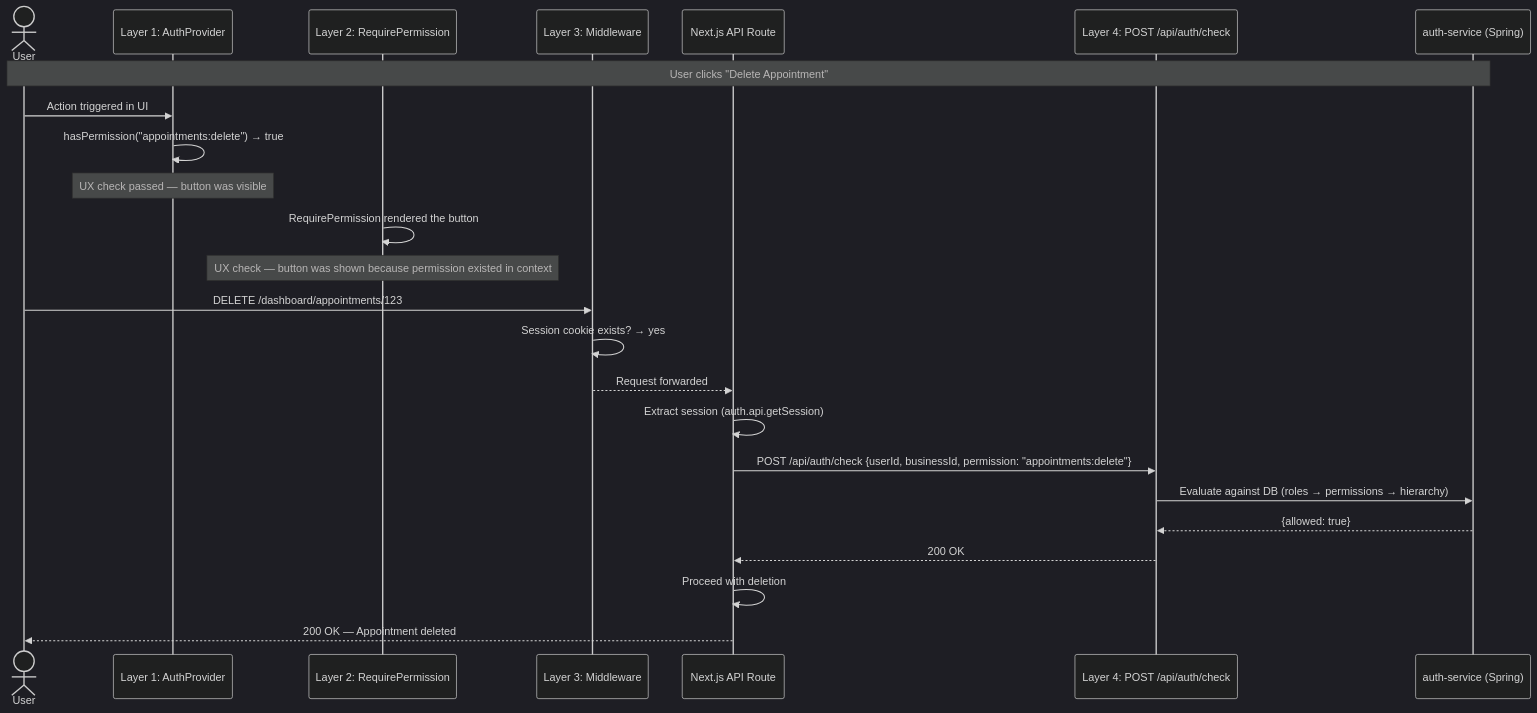
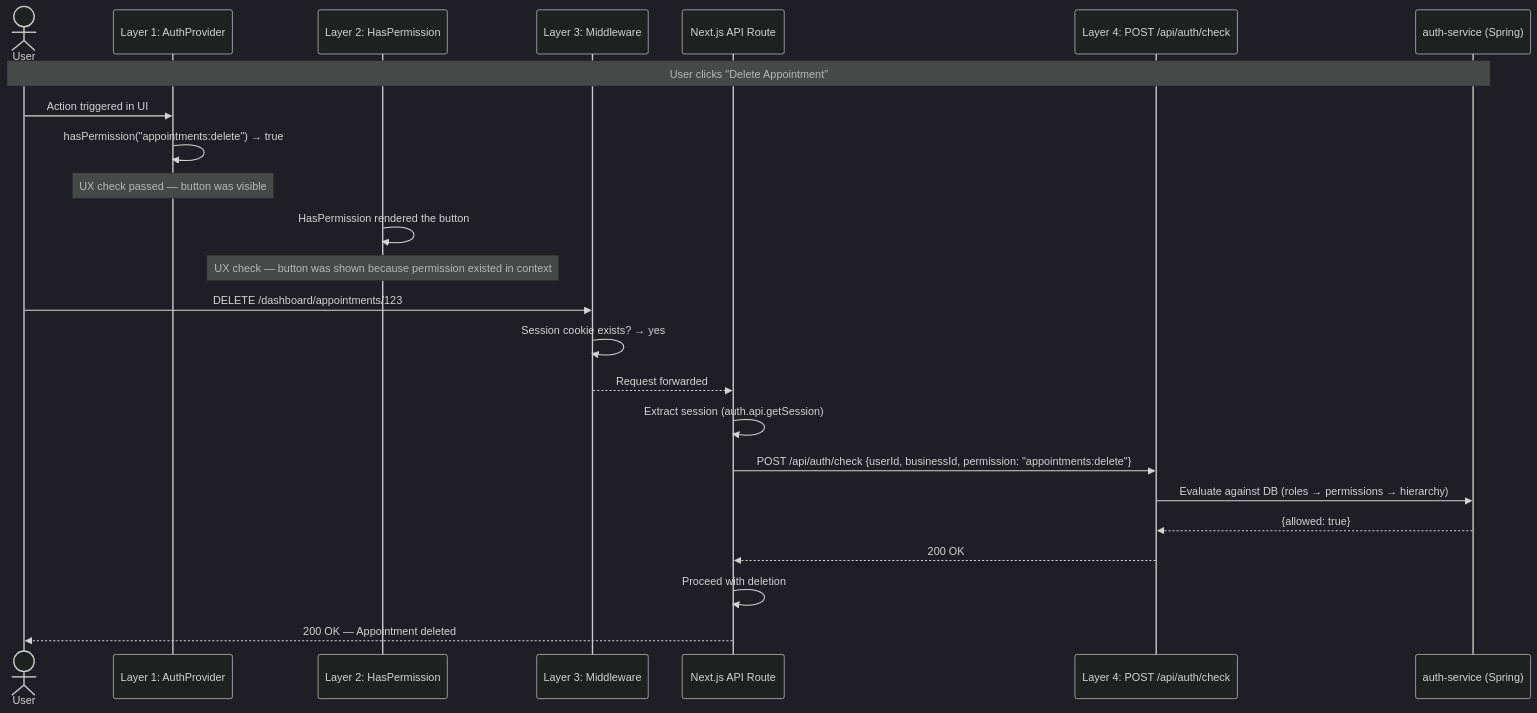
Before and after one commit to cjrequena/nextjs-better-auth-sample: the fourth of 4 diagrams in .docs/features/frontend-auth-design.md, drawn with Mermaid (dark theme). The commit also changed other lines of this file and 3 other files, not shown here.

````diff
--- a/.docs/features/frontend-auth-design.md
+++ b/.docs/features/frontend-auth-design.md
@@ -638,32 +638,32 @@
 ```mermaid
 sequenceDiagram
     actor User
     participant L1 as Layer 1: AuthProvider
-    participant L2 as Layer 2: RequirePermission
+    participant L2 as Layer 2: HasPermission
     participant L3 as Layer 3: Middleware
     participant API as Next.js API Route
     participant L4 as Layer 4: POST /api/auth/check
     participant AS as auth-service (Spring)
 
     Note over User,AS: User clicks "Delete Appointment"
 
     User->>L1: Action triggered in UI
     L1->>L1: hasPermission("appointments:delete") → true
     Note over L1: UX check passed — button was visible
 
-    L2->>L2: RequirePermission rendered the button
+    L2->>L2: HasPermission rendered the button
     Note over L2: UX check — button was shown because permission existed in context
 
     User->>L3: DELETE /dashboard/appointments/123
     L3->>L3: Session cookie exists? → yes
     L3-->>API: Request forwarded
 
     API->>API: Extract session (auth.api.getSession)
     API->>L4: POST /api/auth/check {userId, businessId, permission: "appointments:delete"}
     L4->>AS: Evaluate against DB (roles → permissions → hierarchy)
     AS-->>L4: {allowed: true}
     L4-->>API: 200 OK
 
     API->>API: Proceed with deletion
     API-->>User: 200 OK — Appointment deleted
 ```
````
